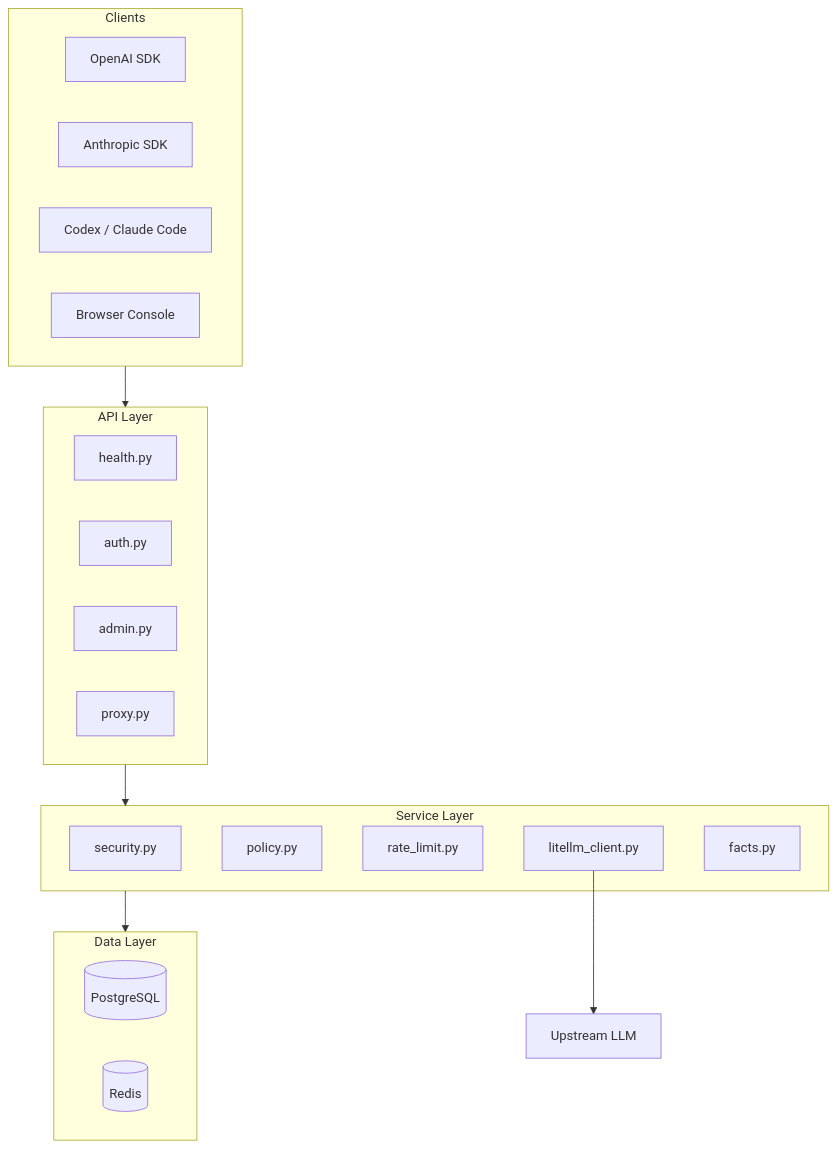
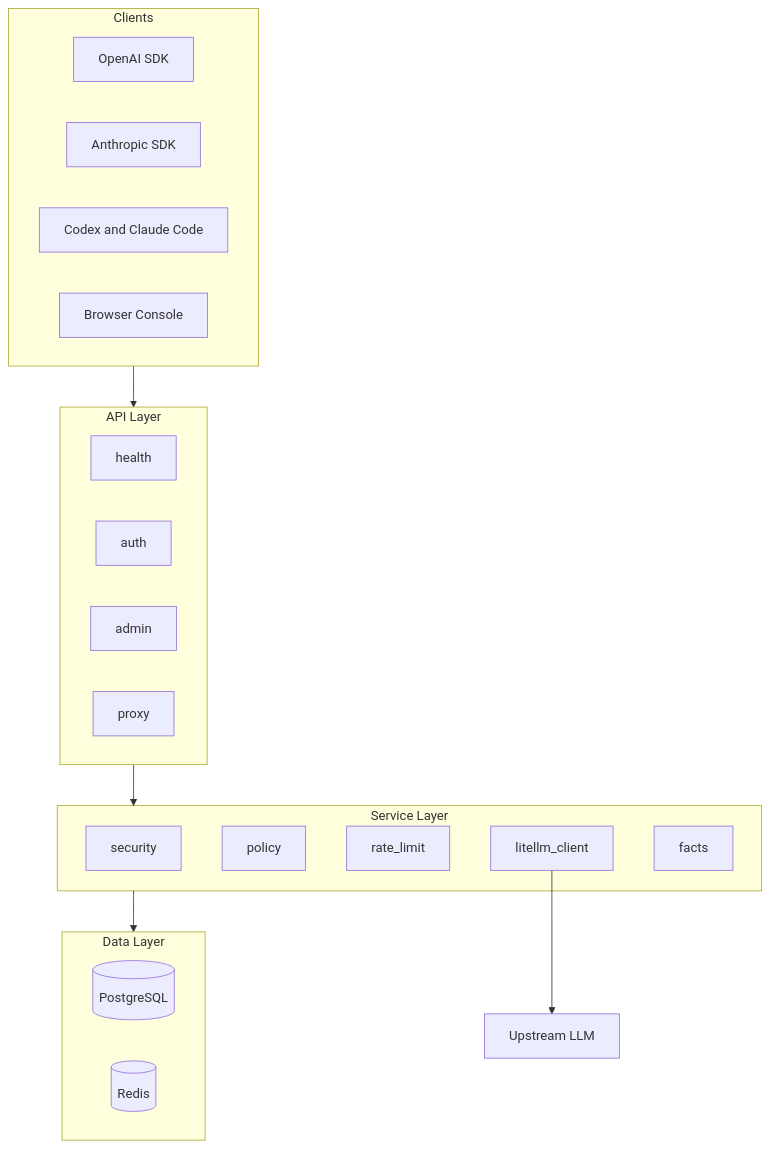
The diagram in docs/source/architecture/overview.md (pty819/llm-gateway-docs), drawn with Mermaid before and after one commit.

Commit message:
Fix mermaid syntax in architecture overview

````diff
--- a/docs/source/architecture/overview.md
+++ b/docs/source/architecture/overview.md
@@ -9,34 +9,34 @@
 ```{mermaid}
 graph TB
-    subgraph Clients
-        C1[OpenAI SDK]
-        C2[Anthropic SDK]
-        C3[Codex / Claude Code]
-        C4[Browser Console]
+    subgraph clients["Clients"]
+        C1["OpenAI SDK"]
+        C2["Anthropic SDK"]
+        C3["Codex and Claude Code"]
+        C4["Browser Console"]
     end
 
-    subgraph API_Layer[API Layer]
-        A1[health.py]
-        A2[auth.py]
-        A3[admin.py]
-        A4[proxy.py]
+    subgraph api_layer["API Layer"]
+        A1["health"]
+        A2["auth"]
+        A3["admin"]
+        A4["proxy"]
     end
 
-    subgraph Service_Layer[Service Layer]
-        S1[security.py]
-        S2[policy.py]
-        S3[rate_limit.py]
-        S4[litellm_client.py]
-        S5[facts.py]
+    subgraph service_layer["Service Layer"]
+        S1["security"]
+        S2["policy"]
+        S3["rate_limit"]
+        S4["litellm_client"]
+        S5["facts"]
     end
 
-    subgraph Data_Layer[Data Layer]
-        D1[(PostgreSQL)]
-        D2[(Redis)]
+    subgraph data_layer["Data Layer"]
+        D1[("PostgreSQL")]
+        D2[("Redis")]
     end
 
-    Clients --> API_Layer
-    API_Layer --> Service_Layer
-    Service_Layer --> Data_Layer
-    S4 --> Upstream[Upstream LLM]
+    clients --> api_layer
+    api_layer --> service_layer
+    service_layer --> data_layer
+    S4 --> U["Upstream LLM"]
 ```
````
